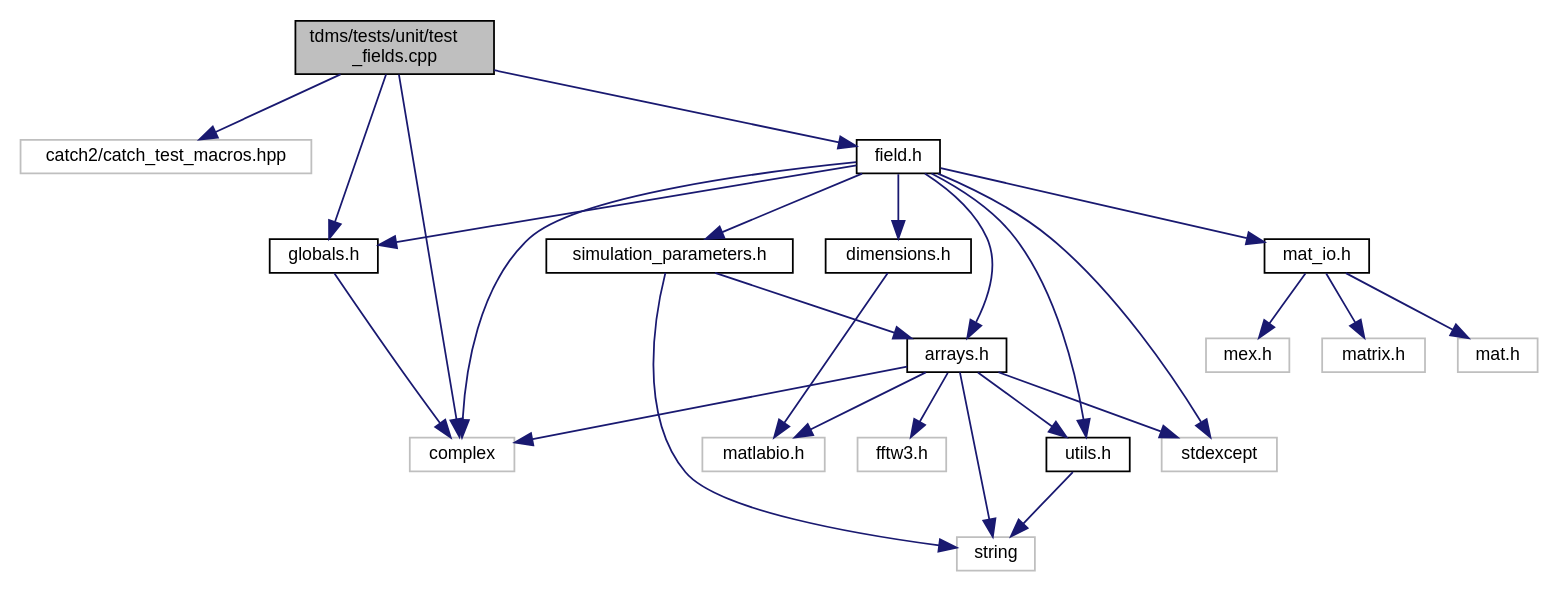
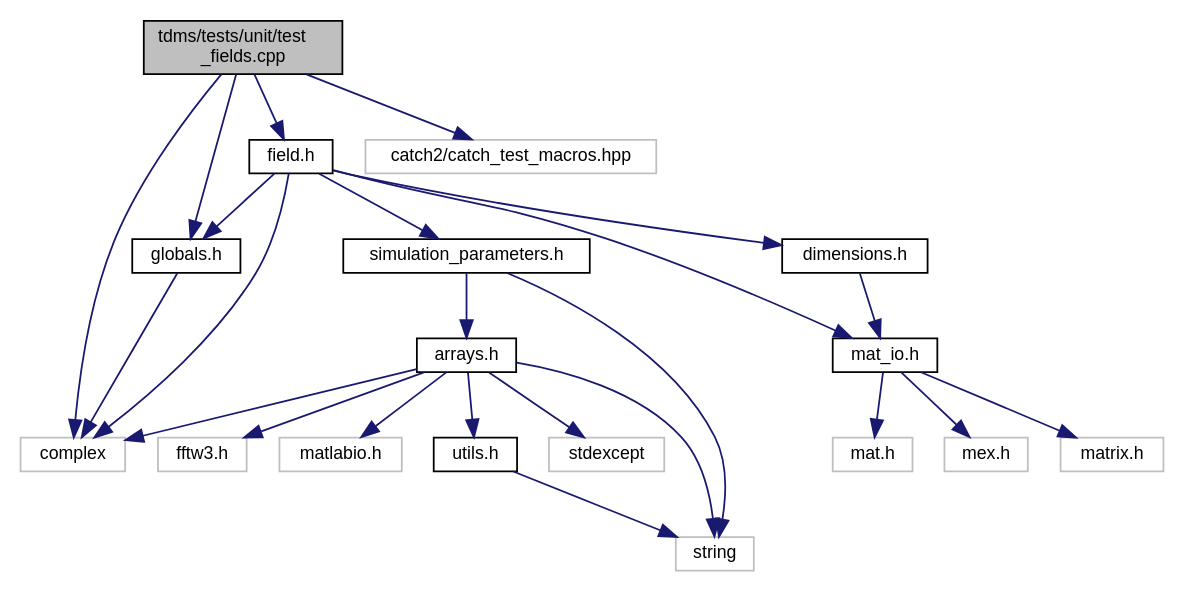
Before and after one commit to UCL/TDMS: the diagram in test__fields_8cpp__incl.dot, drawn with Graphviz. The commit also changed 145 other files, not shown here.

```diff
--- a/test__fields_8cpp__incl.dot
+++ b/test__fields_8cpp__incl.dot
@@ -1,49 +1,46 @@
 digraph "tdms/tests/unit/test_fields.cpp"
 {
  // LATEX_PDF_SIZE
   edge [fontname="Helvetica",fontsize="10",labelfontname="Helvetica",labelfontsize="10"];
   node [fontname="Helvetica",fontsize="10",shape=record];
   Node1 [label="tdms/tests/unit/test\l_fields.cpp",height=0.2,width=0.4,color="black", fillcolor="grey75", style="filled", fontcolor="black",tooltip="Test of the Field class and subclasses."];
   Node1 -> Node2 [color="midnightblue",fontsize="10",style="solid",fontname="Helvetica"];
-  Node2 [label="catch2/catch_test_macros.hpp",height=0.2,width=0.4,color="grey75", fillcolor="white", style="filled",tooltip=" "];
+  Node2 [label="field.h",height=0.2,width=0.4,color="black", fillcolor="white", style="filled",URL="$field_8h.html",tooltip="Classes for the electric and magnetic (split) fields on a grid."];
+  Node2 -> Node3 [color="midnightblue",fontsize="10",style="solid",fontname="Helvetica"];
+  Node3 [label="complex",height=0.2,width=0.4,color="grey75", fillcolor="white", style="filled",tooltip=" "];
+  Node2 -> Node4 [color="midnightblue",fontsize="10",style="solid",fontname="Helvetica"];
+  Node4 [label="dimensions.h",height=0.2,width=0.4,color="black", fillcolor="white", style="filled",URL="$dimensions_8h.html",tooltip=" "];
+  Node4 -> Node5 [color="midnightblue",fontsize="10",style="solid",fontname="Helvetica"];
+  Node5 [label="mat_io.h",height=0.2,width=0.4,color="black", fillcolor="white", style="filled",URL="$mat__io_8h.html",tooltip="Includes MATLAB headers for I/O."];
+  Node5 -> Node6 [color="midnightblue",fontsize="10",style="solid",fontname="Helvetica"];
+  Node6 [label="mat.h",height=0.2,width=0.4,color="grey75", fillcolor="white", style="filled",tooltip=" "];
+  Node5 -> Node7 [color="midnightblue",fontsize="10",style="solid",fontname="Helvetica"];
+  Node7 [label="mex.h",height=0.2,width=0.4,color="grey75", fillcolor="white", style="filled",tooltip=" "];
+  Node5 -> Node8 [color="midnightblue",fontsize="10",style="solid",fontname="Helvetica"];
+  Node8 [label="matrix.h",height=0.2,width=0.4,color="grey75", fillcolor="white", style="filled",tooltip=" "];
+  Node2 -> Node5 [color="midnightblue",fontsize="10",style="solid",fontname="Helvetica"];
+  Node2 -> Node9 [color="midnightblue",fontsize="10",style="solid",fontname="Helvetica"];
+  Node9 [label="simulation_parameters.h",height=0.2,width=0.4,color="black", fillcolor="white", style="filled",URL="$simulation__parameters_8h.html",tooltip="Classes collecting parameters for the simulation."];
+  Node9 -> Node10 [color="midnightblue",fontsize="10",style="solid",fontname="Helvetica"];
+  Node10 [label="string",height=0.2,width=0.4,color="grey75", fillcolor="white", style="filled",tooltip=" "];
+  Node9 -> Node11 [color="midnightblue",fontsize="10",style="solid",fontname="Helvetica"];
+  Node11 [label="arrays.h",height=0.2,width=0.4,color="black", fillcolor="white", style="filled",URL="$arrays_8h.html",tooltip="Classes describing arrays, vertices etc."];
+  Node11 -> Node3 [color="midnightblue",fontsize="10",style="solid",fontname="Helvetica"];
+  Node11 -> Node10 [color="midnightblue",fontsize="10",style="solid",fontname="Helvetica"];
+  Node11 -> Node12 [color="midnightblue",fontsize="10",style="solid",fontname="Helvetica"];
+  Node12 [label="stdexcept",height=0.2,width=0.4,color="grey75", fillcolor="white", style="filled",tooltip=" "];
+  Node11 -> Node13 [color="midnightblue",fontsize="10",style="solid",fontname="Helvetica"];
+  Node13 [label="fftw3.h",height=0.2,width=0.4,color="grey75", fillcolor="white", style="filled",tooltip=" "];
+  Node11 -> Node14 [color="midnightblue",fontsize="10",style="solid",fontname="Helvetica"];
+  Node14 [label="matlabio.h",height=0.2,width=0.4,color="grey75", fillcolor="white", style="filled",tooltip=" "];
+  Node11 -> Node15 [color="midnightblue",fontsize="10",style="solid",fontname="Helvetica"];
+  Node15 [label="utils.h",height=0.2,width=0.4,color="black", fillcolor="white", style="filled",URL="$utils_8h.html",tooltip="Useful miscellaneous utility functions."];
+  Node15 -> Node10 [color="midnightblue",fontsize="10",style="solid",fontname="Helvetica"];
+  Node2 -> Node16 [color="midnightblue",fontsize="10",style="solid",fontname="Helvetica"];
+  Node16 [label="globals.h",height=0.2,width=0.4,color="black", fillcolor="white", style="filled",URL="$globals_8h.html",tooltip="Type definitions and global constants."];
+  Node16 -> Node3 [color="midnightblue",fontsize="10",style="solid",fontname="Helvetica"];
   Node1 -> Node3 [color="midnightblue",fontsize="10",style="solid",fontname="Helvetica"];
-  Node3 [label="complex",height=0.2,width=0.4,color="grey75", fillcolor="white", style="filled",tooltip=" "];
-  Node1 -> Node4 [color="midnightblue",fontsize="10",style="solid",fontname="Helvetica"];
-  Node4 [label="field.h",height=0.2,width=0.4,color="black", fillcolor="white", style="filled",URL="$field_8h.html",tooltip="Classes for the electric and magnetic (split) fields on a grid."];
-  Node4 -> Node3 [color="midnightblue",fontsize="10",style="solid",fontname="Helvetica"];
-  Node4 -> Node5 [color="midnightblue",fontsize="10",style="solid",fontname="Helvetica"];
-  Node5 [label="stdexcept",height=0.2,width=0.4,color="grey75", fillcolor="white", style="filled",tooltip=" "];
-  Node4 -> Node6 [color="midnightblue",fontsize="10",style="solid",fontname="Helvetica"];
-  Node6 [label="arrays.h",height=0.2,width=0.4,color="black", fillcolor="white", style="filled",URL="$arrays_8h.html",tooltip="Classes describing arrays, vertices etc."];
-  Node6 -> Node3 [color="midnightblue",fontsize="10",style="solid",fontname="Helvetica"];
-  Node6 -> Node7 [color="midnightblue",fontsize="10",style="solid",fontname="Helvetica"];
-  Node7 [label="string",height=0.2,width=0.4,color="grey75", fillcolor="white", style="filled",tooltip=" "];
-  Node6 -> Node8 [color="midnightblue",fontsize="10",style="solid",fontname="Helvetica"];
-  Node8 [label="fftw3.h",height=0.2,width=0.4,color="grey75", fillcolor="white", style="filled",tooltip=" "];
-  Node6 -> Node5 [color="midnightblue",fontsize="10",style="solid",fontname="Helvetica"];
-  Node6 -> Node9 [color="midnightblue",fontsize="10",style="solid",fontname="Helvetica"];
-  Node9 [label="matlabio.h",height=0.2,width=0.4,color="grey75", fillcolor="white", style="filled",tooltip=" "];
-  Node6 -> Node10 [color="midnightblue",fontsize="10",style="solid",fontname="Helvetica"];
-  Node10 [label="utils.h",height=0.2,width=0.4,color="black", fillcolor="white", style="filled",URL="$utils_8h.html",tooltip="Useful miscellaneous utility functions."];
-  Node10 -> Node7 [color="midnightblue",fontsize="10",style="solid",fontname="Helvetica"];
-  Node4 -> Node11 [color="midnightblue",fontsize="10",style="solid",fontname="Helvetica"];
-  Node11 [label="dimensions.h",height=0.2,width=0.4,color="black", fillcolor="white", style="filled",URL="$dimensions_8h.html",tooltip=" "];
-  Node11 -> Node9 [color="midnightblue",fontsize="10",style="solid",fontname="Helvetica"];
-  Node4 -> Node12 [color="midnightblue",fontsize="10",style="solid",fontname="Helvetica"];
-  Node12 [label="mat_io.h",height=0.2,width=0.4,color="black", fillcolor="white", style="filled",URL="$mat__io_8h.html",tooltip="Includes MATLAB headers for I/O."];
-  Node12 -> Node13 [color="midnightblue",fontsize="10",style="solid",fontname="Helvetica"];
-  Node13 [label="mat.h",height=0.2,width=0.4,color="grey75", fillcolor="white", style="filled",tooltip=" "];
-  Node12 -> Node14 [color="midnightblue",fontsize="10",style="solid",fontname="Helvetica"];
-  Node14 [label="mex.h",height=0.2,width=0.4,color="grey75", fillcolor="white", style="filled",tooltip=" "];
-  Node12 -> Node15 [color="midnightblue",fontsize="10",style="solid",fontname="Helvetica"];
-  Node15 [label="matrix.h",height=0.2,width=0.4,color="grey75", fillcolor="white", style="filled",tooltip=" "];
-  Node4 -> Node16 [color="midnightblue",fontsize="10",style="solid",fontname="Helvetica"];
-  Node16 [label="simulation_parameters.h",height=0.2,width=0.4,color="black", fillcolor="white", style="filled",URL="$simulation__parameters_8h.html",tooltip="Classes collecting parameters for the simulation."];
-  Node16 -> Node7 [color="midnightblue",fontsize="10",style="solid",fontname="Helvetica"];
-  Node16 -> Node6 [color="midnightblue",fontsize="10",style="solid",fontname="Helvetica"];
-  Node4 -> Node10 [color="midnightblue",fontsize="10",style="solid",fontname="Helvetica"];
-  Node4 -> Node17 [color="midnightblue",fontsize="10",style="solid",fontname="Helvetica"];
-  Node17 [label="globals.h",height=0.2,width=0.4,color="black", fillcolor="white", style="filled",URL="$globals_8h.html",tooltip="Type definitions and global constants."];
-  Node17 -> Node3 [color="midnightblue",fontsize="10",style="solid",fontname="Helvetica"];
   Node1 -> Node17 [color="midnightblue",fontsize="10",style="solid",fontname="Helvetica"];
+  Node17 [label="catch2/catch_test_macros.hpp",height=0.2,width=0.4,color="grey75", fillcolor="white", style="filled",tooltip=" "];
+  Node1 -> Node16 [color="midnightblue",fontsize="10",style="solid",fontname="Helvetica"];
 }
```
